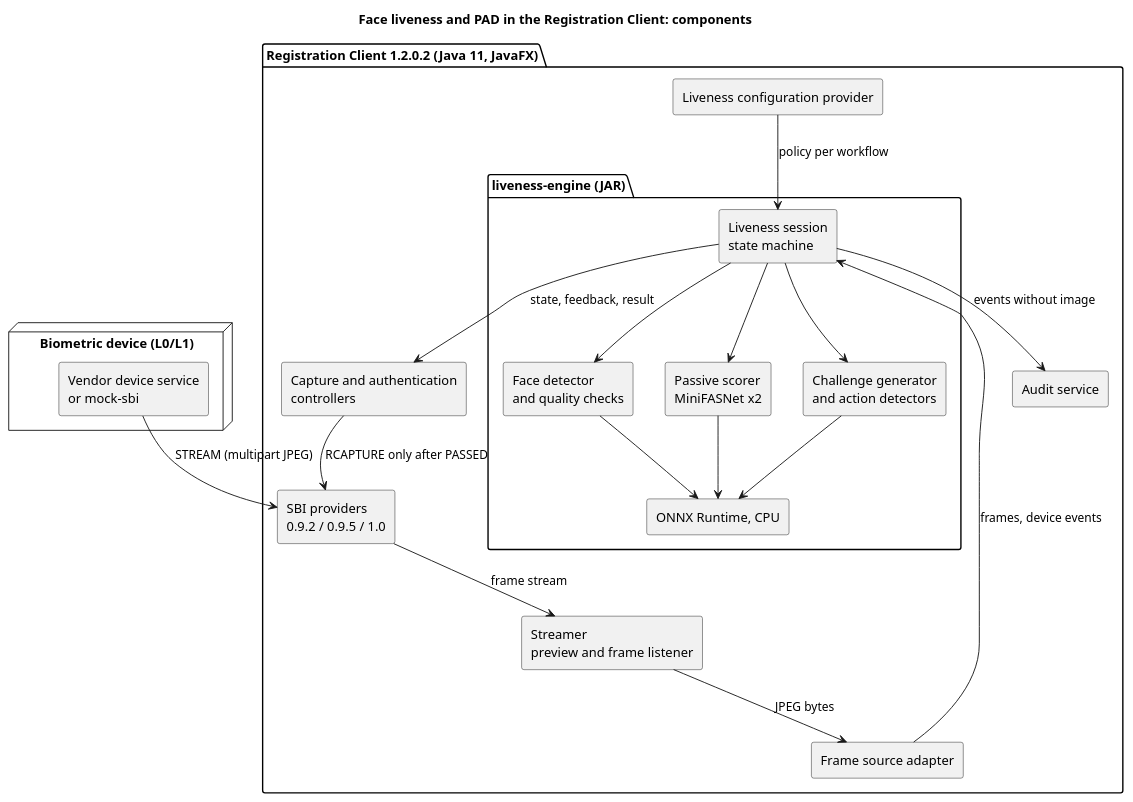
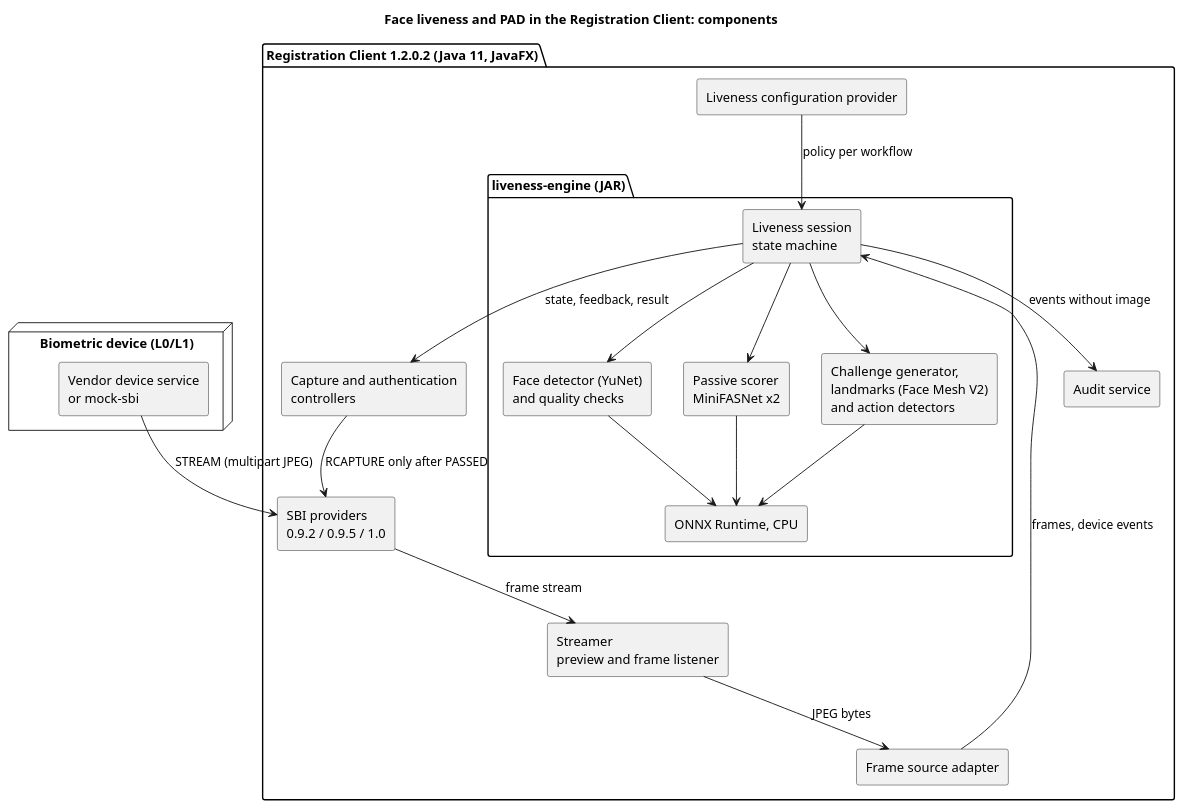
One commit to BestTeam-MosipDecode/face-liveness-pad changed the diagram in docs/diagrams/components.puml. Above: the diagram before and after it, drawn with PlantUML. The commit also changed 2 other files, not shown here.

Commit message:
docs: render the component diagram and name the chosen models
Embed the SVG rendering in architecture.md so that it reads on GitHub,
and link the decision flow document.

```diff
--- a/docs/diagrams/components.puml
+++ b/docs/diagrams/components.puml
@@ -1,46 +1,46 @@
 @startuml components
 ' This Source Code Form is subject to the terms of the Mozilla Public
 ' License, v. 2.0. If a copy of the MPL was not distributed with this
 ' file, You can obtain one at https://mozilla.org/MPL/2.0/.
 
 skinparam componentStyle rectangle
 skinparam shadowing false
 
 title Face liveness and PAD in the Registration Client: components
 
 node "Biometric device (L0/L1)" {
   [Vendor device service\nor mock-sbi] as sbi
 }
 
 package "Registration Client 1.2.0.2 (Java 11, JavaFX)" {
   [SBI providers\n0.9.2 / 0.9.5 / 1.0] as providers
   [Streamer\npreview and frame listener] as streamer
   [Frame source adapter] as adapter
   [Capture and authentication\ncontrollers] as controllers
   [Liveness configuration provider] as config
   [Audit service] as audit
 
   package "liveness-engine (JAR)" {
     [Liveness session\nstate machine] as session
-    [Face detector\nand quality checks] as detector
+    [Face detector (YuNet)\nand quality checks] as detector
     [Passive scorer\nMiniFASNet x2] as passive
-    [Challenge generator\nand action detectors] as active
+    [Challenge generator,\nlandmarks (Face Mesh V2)\nand action detectors] as active
     [ONNX Runtime, CPU] as ort
   }
 }
 
 sbi --> providers : STREAM (multipart JPEG)
 providers --> streamer : frame stream
 streamer --> adapter : JPEG bytes
 adapter --> session : frames, device events
 config --> session : policy per workflow
 session --> detector
 session --> passive
 session --> active
 detector --> ort
 passive --> ort
 active --> ort
 session --> controllers : state, feedback, result
 controllers --> providers : RCAPTURE only after PASSED
 session --> audit : events without image
 @enduml
```
